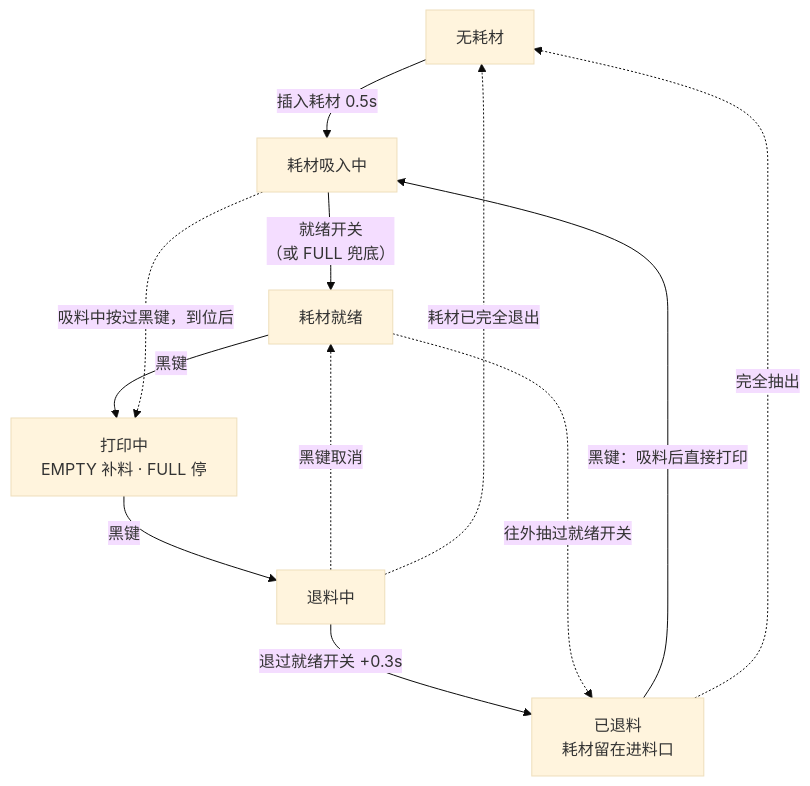
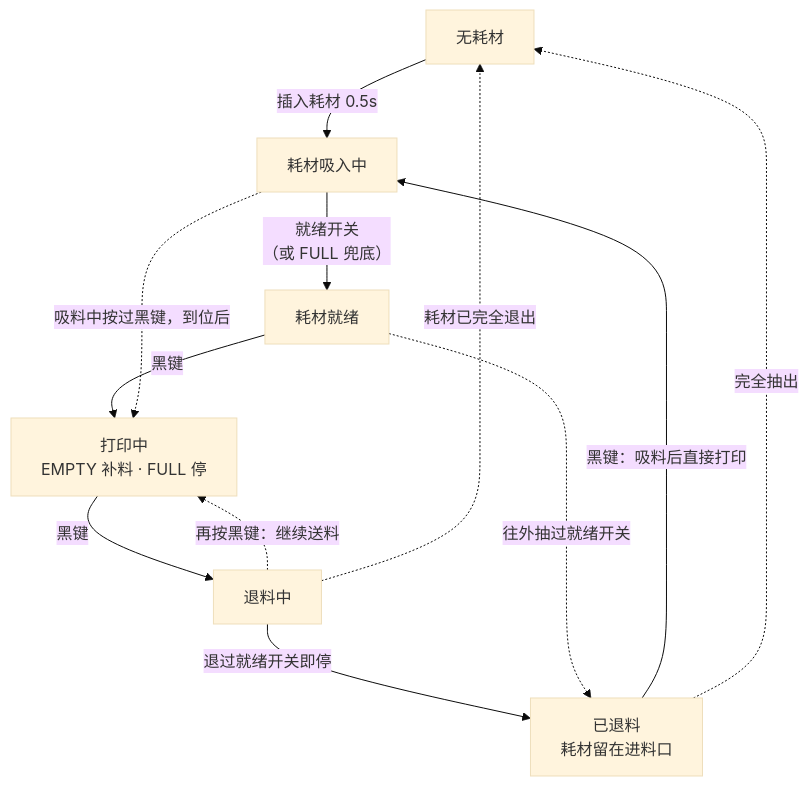
Before and after one commit to pzgz/semi-ams: the second of 4 diagrams in docs/SEMI-AMS固件文档.md, drawn with Mermaid (base theme). The commit also changed other lines of this file and 23 other files, not shown here.

````diff
--- a/docs/SEMI-AMS固件文档.md
+++ b/docs/SEMI-AMS固件文档.md
@@ -186,14 +240,14 @@
 ```mermaid
 flowchart TB
   N["无耗材"] -- "插入耗材 0.5s" --> L["耗材吸入中"]
   L -- "就绪开关<br/>（或 FULL 兜底）" --> R["耗材就绪"]
   R -- "黑键" --> P["打印中<br/>EMPTY 补料 · FULL 停"]
   P -- "黑键" --> U["退料中"]
-  U -- "退过就绪开关 +0.3s" --> X["已退料<br/>耗材留在进料口"]
+  U -- "退过就绪开关即停" --> X["已退料<br/>耗材留在进料口"]
   X -- "黑键：吸料后直接打印" --> L
   L -. "吸料中按过黑键，到位后" .-> P
-  U -. "黑键取消" .-> R
+  U -. "再按黑键：继续送料" .-> P
   R -. "往外抽过就绪开关" .-> X
   X -. "完全抽出" .-> N
   U -. "耗材已完全退出" .-> N
 ```
````
